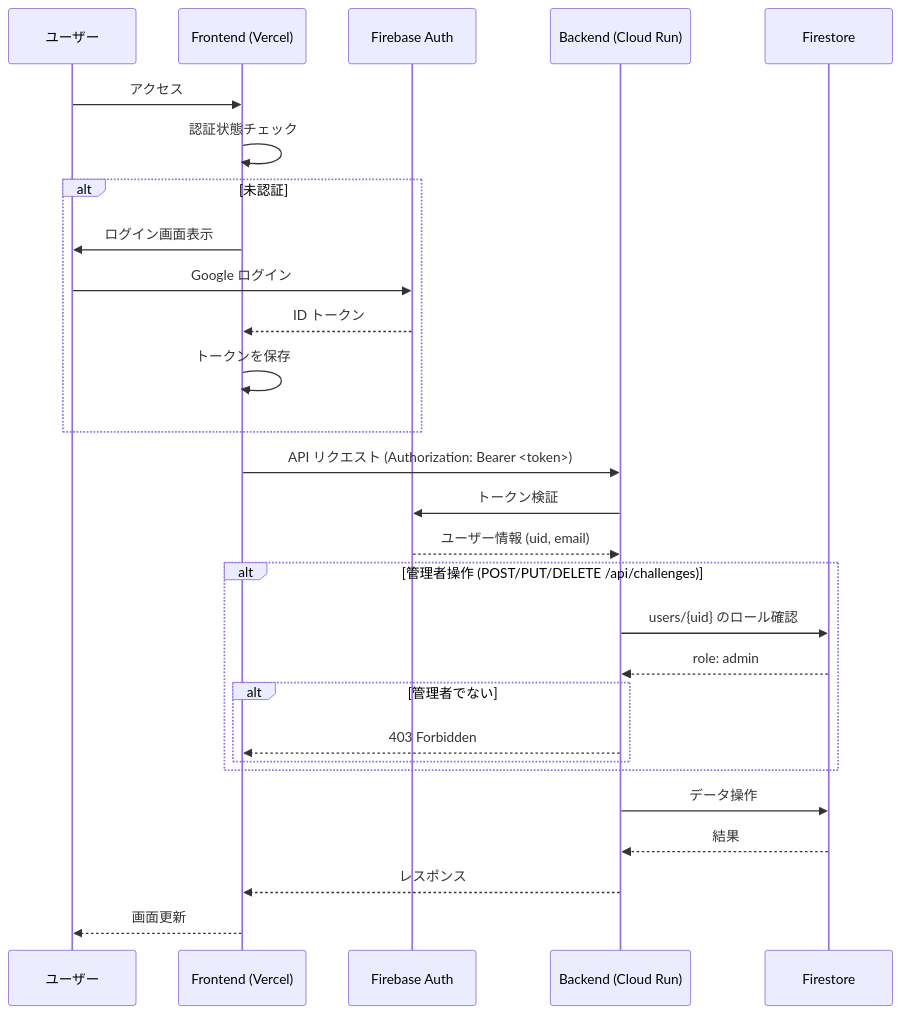
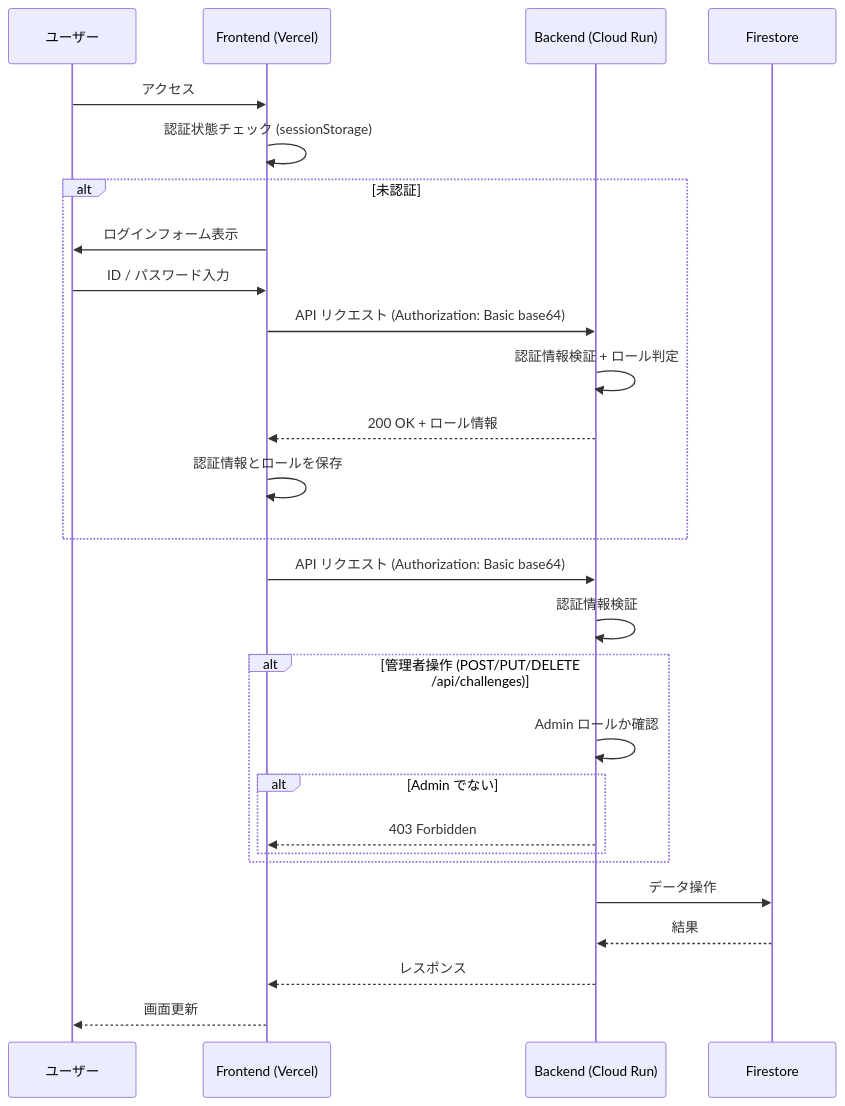
One commit to matsuda-tkm/debug-master changed the third of 5 diagrams in docs-new/architecture.md. Above: the diagram before and after it, drawn with Mermaid. The commit also changed other lines of this file and 6 other files, not shown here.

Commit message:
docs: Update architecture, security, and migration documentation to reflect the transition from Firebase Authentication to Basic Authentication with user and admin roles, and remove references to the users collection in Firestore.

````diff
--- a/docs-new/architecture.md
+++ b/docs-new/architecture.md
@@ -86,35 +79,34 @@
 ```mermaid
 sequenceDiagram
     participant User as ユーザー
     participant FE as Frontend (Vercel)
-    participant Auth as Firebase Auth
     participant BE as Backend (Cloud Run)
     participant FS as Firestore
 
     User->>FE: アクセス
-    FE->>FE: 認証状態チェック
+    FE->>FE: 認証状態チェック (sessionStorage)
 
     alt 未認証
-        FE->>User: ログイン画面表示
-        User->>Auth: Google ログイン
-        Auth-->>FE: ID トークン
-        FE->>FE: トークンを保存
+        FE->>User: ログインフォーム表示
+        User->>FE: ID / パスワード入力
+        FE->>BE: API リクエスト (Authorization: Basic base64)
+        BE->>BE: 認証情報検証 + ロール判定
+        BE-->>FE: 200 OK + ロール情報
+        FE->>FE: 認証情報とロールを保存
     end
 
-    FE->>BE: API リクエスト (Authorization: Bearer <token>)
-    BE->>Auth: トークン検証
-    Auth-->>BE: ユーザー情報 (uid, email)
+    FE->>BE: API リクエスト (Authorization: Basic base64)
+    BE->>BE: 認証情報検証
 
     alt 管理者操作 (POST/PUT/DELETE /api/challenges)
-        BE->>FS: users/{uid} のロール確認
-        FS-->>BE: role: admin
-        alt 管理者でない
+        BE->>BE: Admin ロールか確認
+        alt Admin でない
             BE-->>FE: 403 Forbidden
         end
     end
 
     BE->>FS: データ操作
     FS-->>BE: 結果
     BE-->>FE: レスポンス
     FE-->>User: 画面更新
 ```
````
